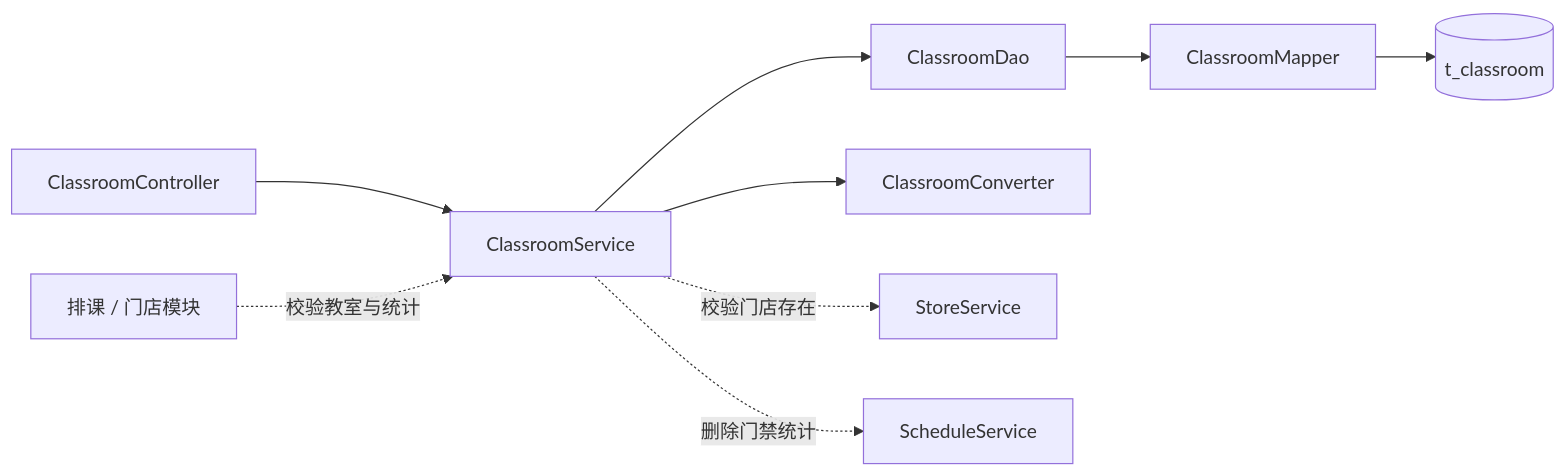
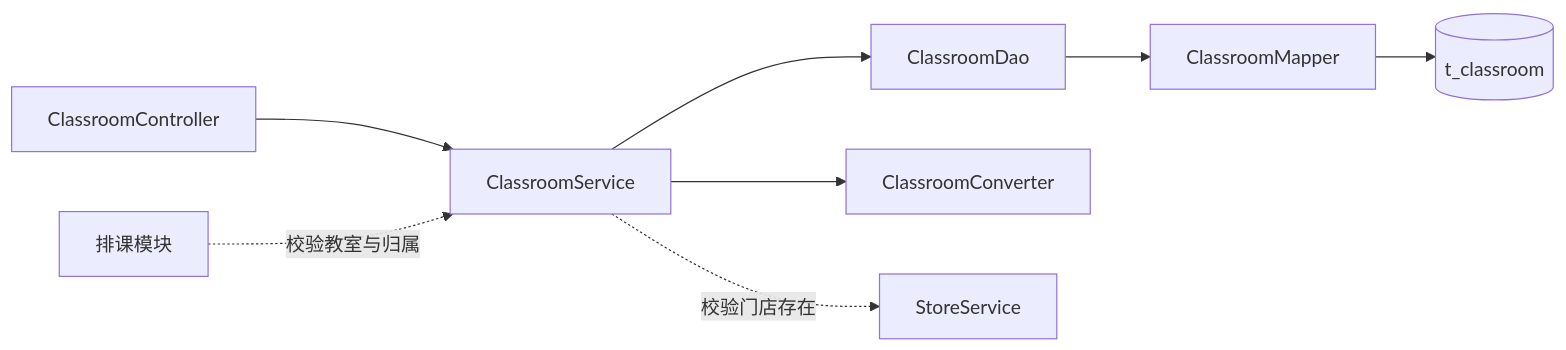
One commit to duo2530/techplant-yoga changed the diagram in docs/详细设计/教室管理详细设计.md. Above: the diagram before and after it, drawn with Mermaid. The commit also changed other lines of this file and 13 other files, not shown here.

````diff
--- a/docs/详细设计/教室管理详细设计.md
+++ b/docs/详细设计/教室管理详细设计.md
@@ -297,11 +294,10 @@
 ```mermaid
 flowchart LR
     C[ClassroomController] --> S[ClassroomService]
     S --> D[ClassroomDao]
     D --> M[ClassroomMapper]
     M --> T[(t_classroom)]
     S --> CV[ClassroomConverter]
     S -.校验门店存在.-> ST[StoreService]
-    S -.删除门禁统计.-> SR[ScheduleService]
-    SC[排课 / 门店模块] -.校验教室与统计.-> S
+    SC[排课模块] -.校验教室与归属.-> S
 ```
````
